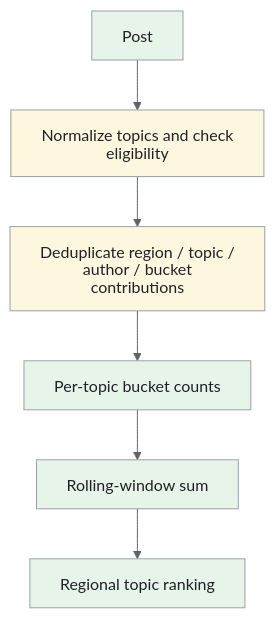
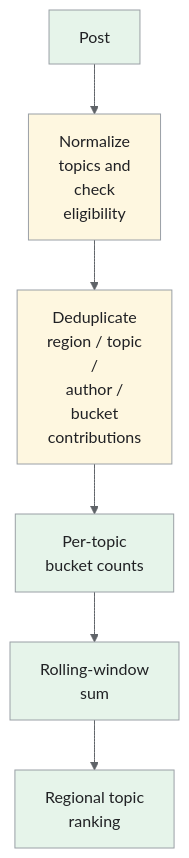
Before and after one commit to iliazlobin/iliazlobin.github.io: the sixth of 6 diagrams in _designs/system-design-twitter-x.md, drawn with Mermaid. The commit also changed other lines of this file and 116 other files, not shown here.

````diff
--- a/_designs/system-design-twitter-x.md
+++ b/_designs/system-design-twitter-x.md
@@ -370,15 +409,15 @@
 ```mermaid
-%%{init: {'theme':'base','htmlLabels':false,'flowchart':{'htmlLabels':false},'themeVariables':{'fontFamily':'Arial, sans-serif','primaryColor':'#e8f0fe','primaryTextColor':'#202124','primaryBorderColor':'#9aa0a6','lineColor':'#5f6368','secondaryColor':'#e6f4ea','tertiaryColor':'#fef7e0','actorBkg':'#e8f0fe','actorBorder':'#9aa0a6','actorTextColor':'#202124','noteBkgColor':'#fef7e0','noteTextColor':'#202124','noteBorderColor':'#9aa0a6','signalColor':'#5f6368','signalTextColor':'#202124','labelBoxBkgColor':'#fef7e0','labelBoxBorderColor':'#9aa0a6'}}}%%
+%%{init: {"theme":"base","themeVariables":{"primaryColor":"#e8f0fe","primaryBorderColor":"#9aa0a6","primaryTextColor":"#202124","secondaryColor":"#e6f4ea","tertiaryColor":"#fef7e0","lineColor":"#5f6368","actorBkg":"#e8f0fe","actorBorder":"#9aa0a6","actorTextColor":"#202124","noteBkgColor":"#fef7e0","noteBorderColor":"#9aa0a6","noteTextColor":"#202124","signalColor":"#5f6368","signalTextColor":"#202124"}}}%%
 flowchart TB
-    A["Post"] --> B["Normalize topics and check eligibility"]
-    B --> C["Deduplicate region / topic /<br/>author / bucket contributions"]
-    C --> D["Per-topic bucket counts"]
-    D --> E["Rolling-window sum"]
-    E --> F["Regional topic ranking"]
+    A["Post"] --> B["Normalize<br>topics and<br>check<br>eligibility"]
+    B --> C["Deduplicate<br>region / topic<br>/<br>author /<br>bucket<br>contributions"]
+    C --> D["Per-topic<br>bucket counts"]
+    D --> E["Rolling-window<br>sum"]
+    E --> F["Regional topic<br>ranking"]
     class A,D,E,F data;
     class B,C control;
 classDef request fill:#e8f0fe,stroke:#9aa0a6,color:#202124;
 classDef data fill:#e6f4ea,stroke:#9aa0a6,color:#202124;
 classDef control fill:#fef7e0,stroke:#9aa0a6,color:#202124;
 classDef danger fill:#fce8e6,stroke:#9aa0a6,color:#202124;
 ```
````
